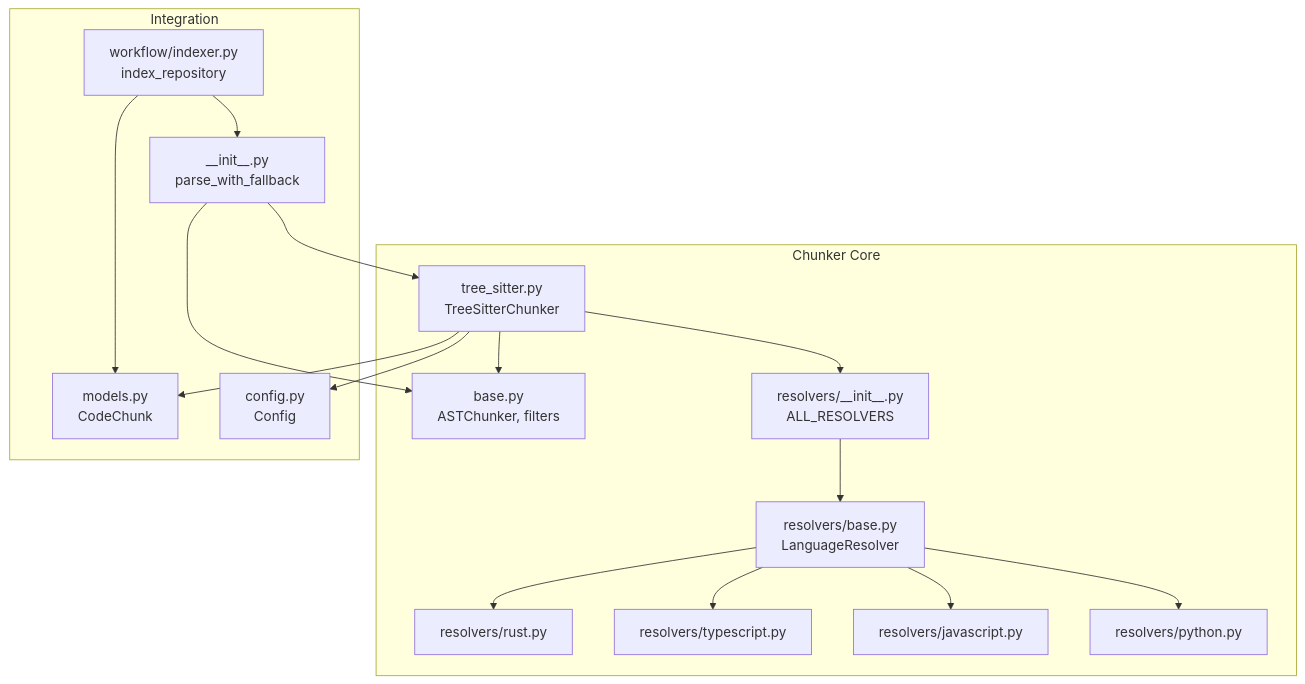
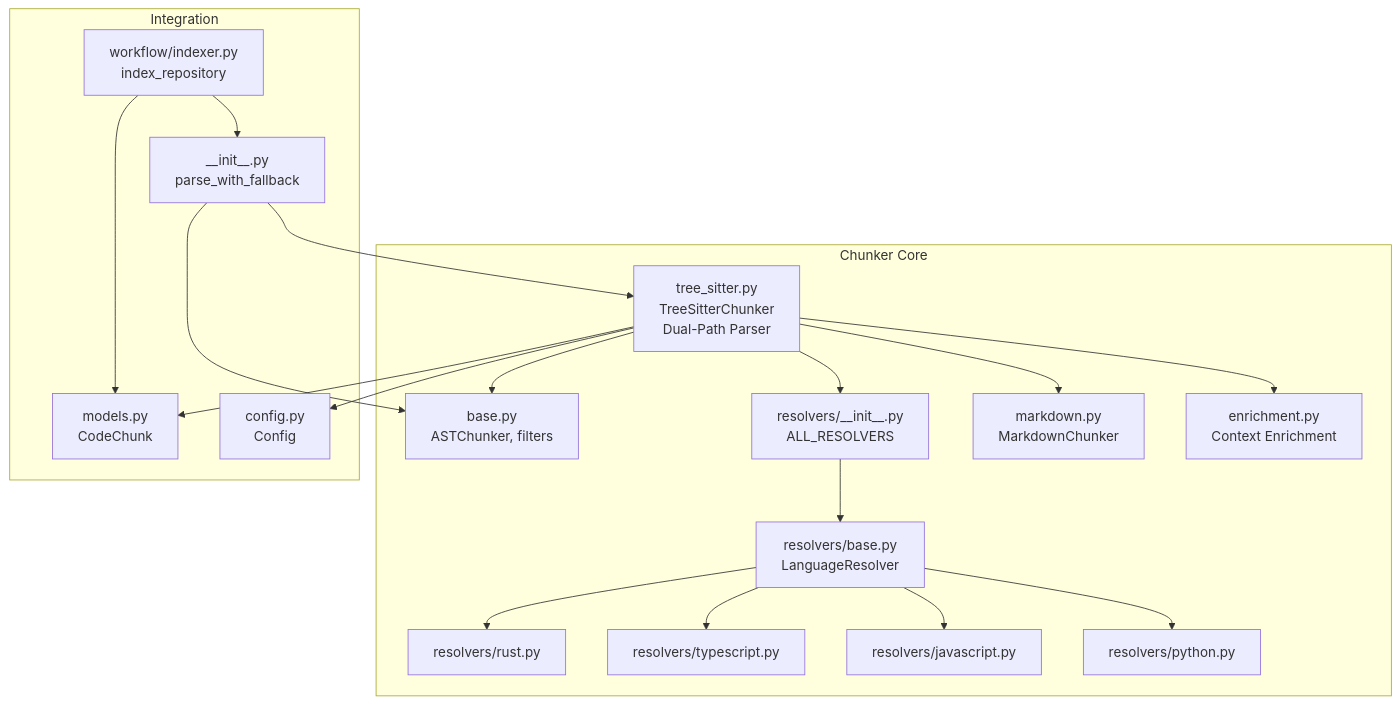
Before and after one commit to maemreyo/zmr-ctx-paker: the first of 5 diagrams in .qoder/repowiki/en/content/Core Modules/Chunker System/AST Chunking Core.md, drawn with Mermaid. The commit also changed other lines of this file and 25 other files, not shown here.

````diff
--- a/.qoder/repowiki/en/content/Core Modules/Chunker System/AST Chunking Core.md
+++ b/.qoder/repowiki/en/content/Core Modules/Chunker System/AST Chunking Core.md
@@ -38,32 +50,36 @@
 ```mermaid
 graph TB
 subgraph "Chunker Core"
-A["tree_sitter.py<br/>TreeSitterChunker"]
+A["tree_sitter.py<br/>TreeSitterChunker<br/>Dual-Path Parser"]
 B["base.py<br/>ASTChunker, filters"]
-C["resolvers/__init__.py<br/>ALL_RESOLVERS"]
-D["resolvers/base.py<br/>LanguageResolver"]
-E["resolvers/python.py"]
-F["resolvers/javascript.py"]
-G["resolvers/typescript.py"]
-H["resolvers/rust.py"]
+C["enrichment.py<br/>Context Enrichment"]
+D["markdown.py<br/>MarkdownChunker"]
+E["resolvers/__init__.py<br/>ALL_RESOLVERS"]
+F["resolvers/base.py<br/>LanguageResolver"]
+G["resolvers/python.py"]
+H["resolvers/javascript.py"]
+I["resolvers/typescript.py"]
+J["resolvers/rust.py"]
 end
 subgraph "Integration"
-I["__init__.py<br/>parse_with_fallback"]
-J["config.py<br/>Config"]
-K["models.py<br/>CodeChunk"]
-L["workflow/indexer.py<br/>index_repository"]
+K["__init__.py<br/>parse_with_fallback"]
+L["config.py<br/>Config"]
+M["models.py<br/>CodeChunk"]
+N["workflow/indexer.py<br/>index_repository"]
 end
 A --> C
-C --> D
-D --> E
-D --> F
-D --> G
-D --> H
+A --> D
+A --> E
+E --> F
+F --> G
+F --> H
+F --> I
+F --> J
 A --> B
-I --> A
-I --> B
-A --> J
-A --> K
-L --> I
-L --> K
+K --> A
+K --> B
+A --> L
+A --> M
+N --> K
+N --> M
 ```
````
